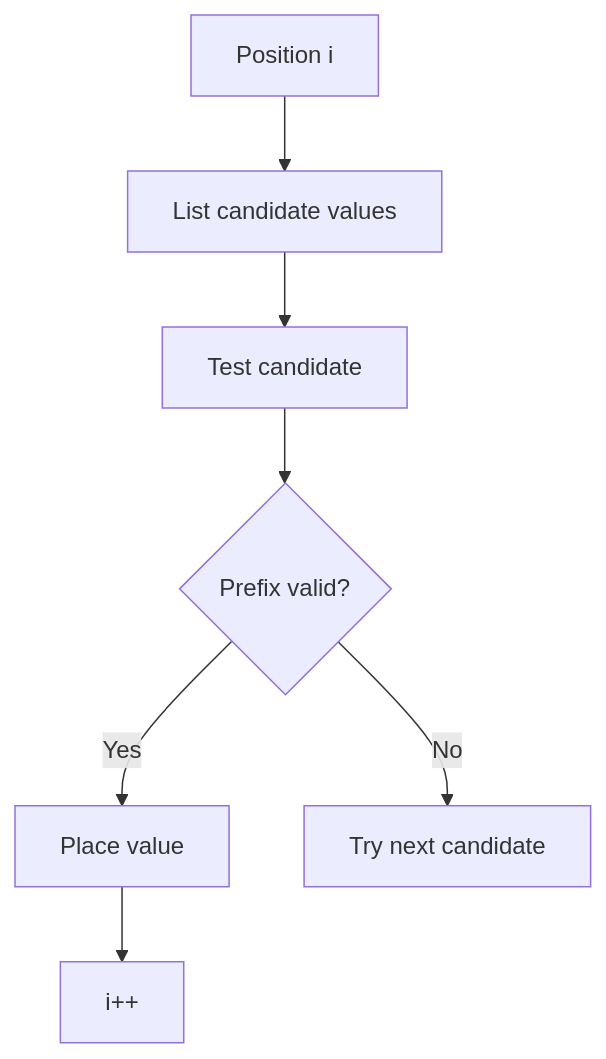
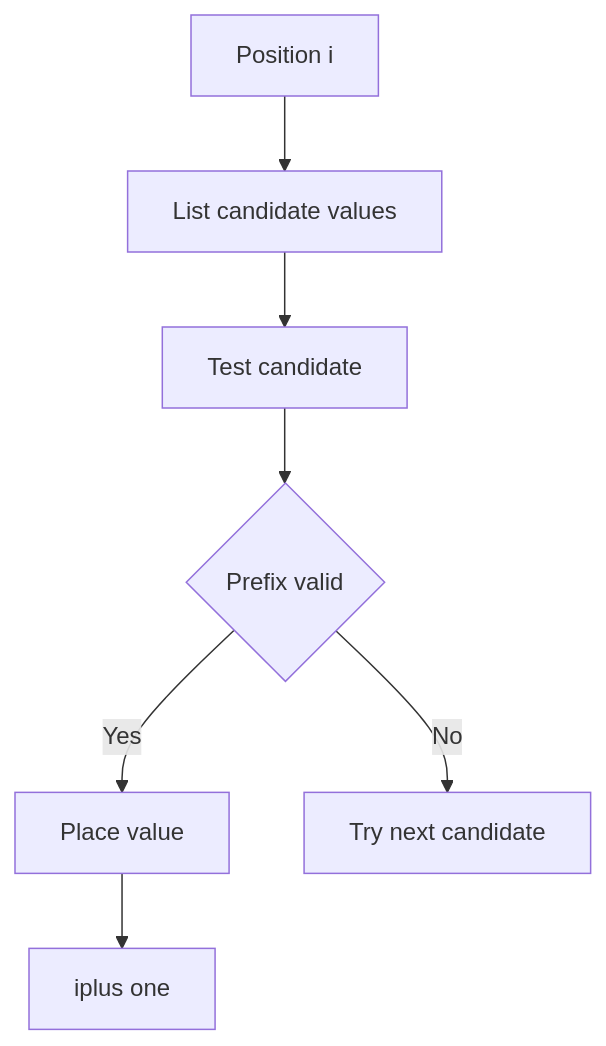
The ninth of 25 diagrams in CP_DSA_NOTES/002_CONCEPT_FRAMEWORK_FORMS_TATICS/011_CONTRUCTIVE_ALGORITHMS_CFFT.md (mthaiseer/springcloud-systemdesign-notes), drawn with Mermaid before and after one commit. The commit also changed other lines of this file and 1 other file, not shown here.

````diff
--- a/CP_DSA_NOTES/002_CONCEPT_FRAMEWORK_FORMS_TATICS/011_CONTRUCTIVE_ALGORITHMS_CFFT.md
+++ b/CP_DSA_NOTES/002_CONCEPT_FRAMEWORK_FORMS_TATICS/011_CONTRUCTIVE_ALGORITHMS_CFFT.md
@@ -615,9 +610,9 @@
 ```mermaid
 flowchart TD
-    A[Position i] --> B[List candidate values]
-    B --> C[Test candidate]
-    C --> D{Prefix valid?}
-    D -->|Yes| E[Place value]
-    D -->|No| F[Try next candidate]
-    E --> G[i++]
+    A["Position i"] --> B["List candidate values"]
+    B --> C["Test candidate"]
+    C --> D{"Prefix valid"}
+    D -->|Yes| E["Place value"]
+    D -->|No| F["Try next candidate"]
+    E --> G["iplus one"]
 ```
````
